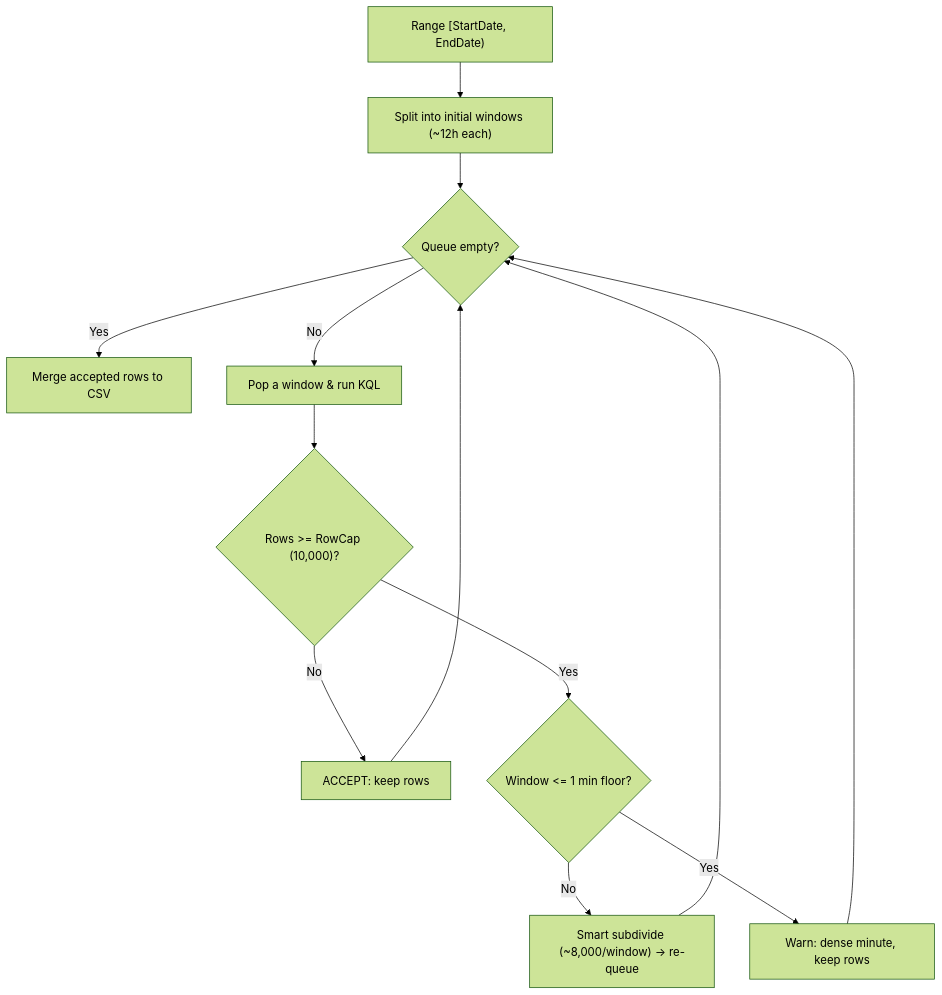
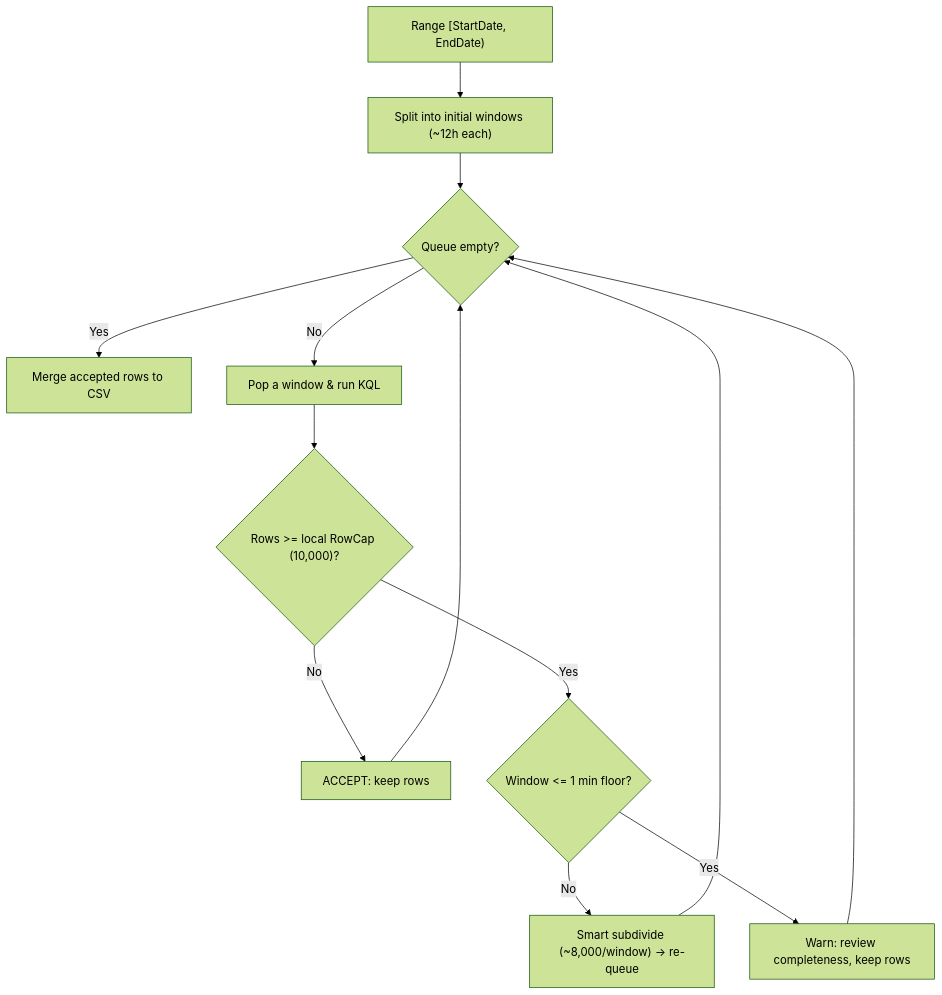
The diagram in PAX_Exporter/docs/how-it-works.md (microsoft/AI-Solutions-Intelligence-Dashboard), drawn with Mermaid (forest theme) before and after one commit. The commit also changed other lines of this file and 43 other files, not shown here.

````diff
--- a/PAX_Exporter/docs/how-it-works.md
+++ b/PAX_Exporter/docs/how-it-works.md
@@ -57,12 +66,12 @@
 ```mermaid
 flowchart TD
     A["Range [StartDate, EndDate)"] --> B["Split into initial windows (~12h each)"]
     B --> C{"Queue empty?"}
     C -- "Yes" --> H["Merge accepted rows to CSV"]
     C -- "No" --> D["Pop a window & run KQL"]
-    D --> E{"Rows >= RowCap (10,000)?"}
+    D --> E{"Rows >= local RowCap (10,000)?"}
     E -- "No" --> F["ACCEPT: keep rows"] --> C
     E -- "Yes" --> G{"Window <= 1 min floor?"}
     G -- "No" --> I["Smart subdivide (~8,000/window) → re-queue"] --> C
-    G -- "Yes" --> J["Warn: dense minute, keep rows"] --> C
+    G -- "Yes" --> J["Warn: review completeness, keep rows"] --> C
 ```
````
